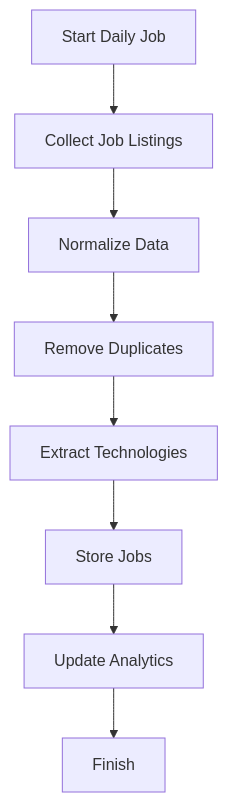
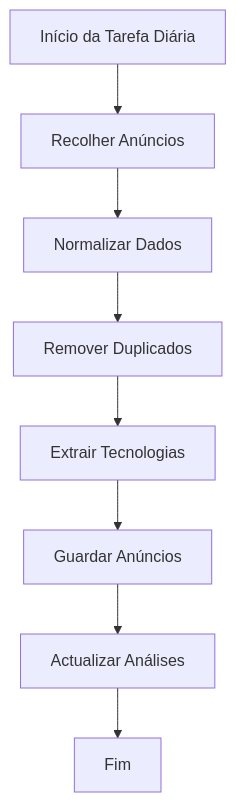
The second of 3 diagrams in README.md (franciscocosta4/TechScope), drawn with Mermaid before and after one commit. The commit also changed other lines of this file and 2 other files, not shown here.

````diff
--- a/README.md
+++ b/README.md
@@ -89,27 +89,27 @@
 ```mermaid
 flowchart TD
 
-    A[Start Daily Job]
+    A[Início da Tarefa Diária]
 
-    B[Collect Job Listings]
+    B[Recolher Anúncios]
 
-    C[Normalize Data]
+    C[Normalizar Dados]
 
-    D[Remove Duplicates]
+    D[Remover Duplicados]
 
-    E[Extract Technologies]
+    E[Extrair Tecnologias]
 
-    F[Store Jobs]
+    F[Guardar Anúncios]
 
-    G[Update Analytics]
+    G[Actualizar Análises]
 
-    H[Finish]
+    H[Fim]
 
     A --> B
     B --> C
     C --> D
     D --> E
     E --> F
     F --> G
     G --> H
 ```
````
